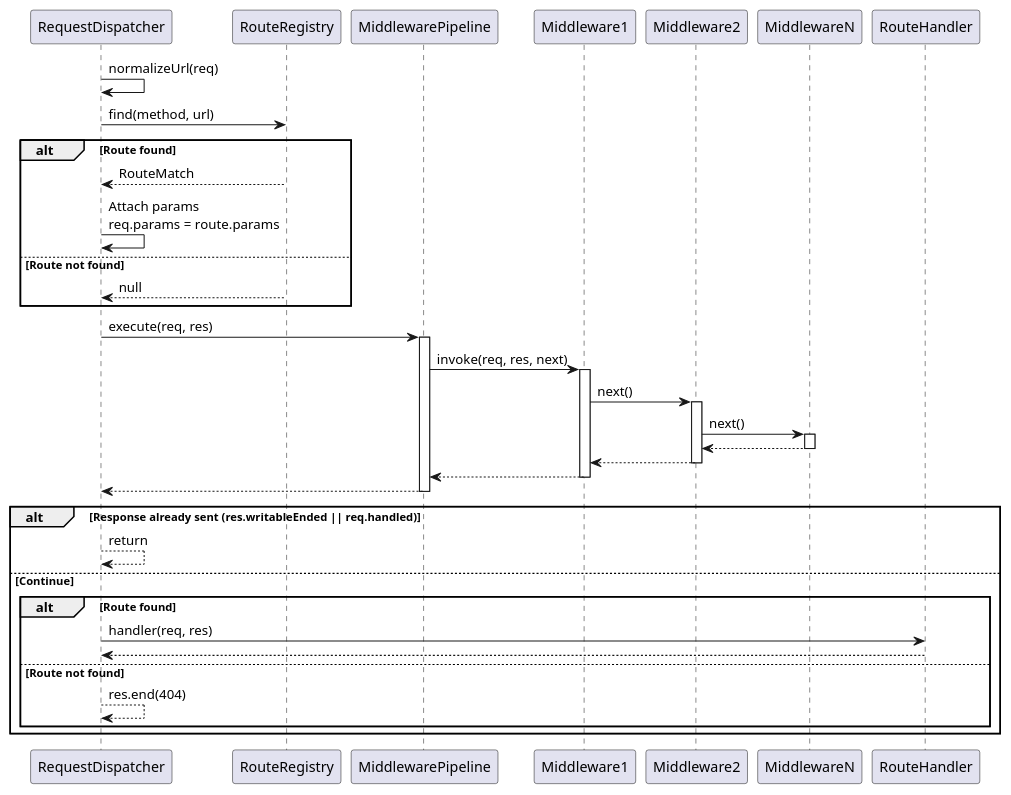
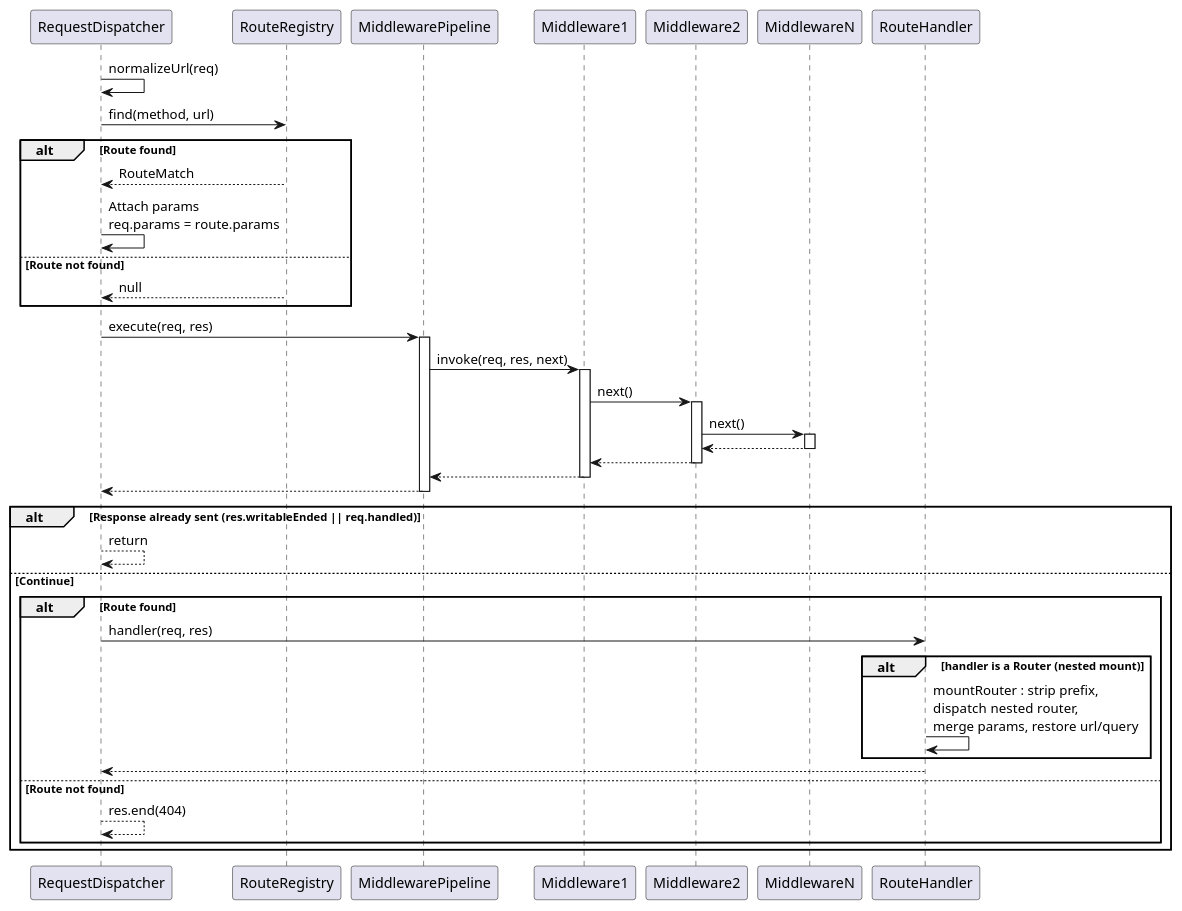
Before and after one commit to Ali-Wael-Hassan/duck-node-router: the diagram in docs/sequence diagrams/RequestDispatcher-Sequence.puml, drawn with PlantUML. The commit also changed 5 other files, not shown here.

```diff
--- a/docs/sequence diagrams/RequestDispatcher-Sequence.puml
+++ b/docs/sequence diagrams/RequestDispatcher-Sequence.puml
@@ -1,58 +1,61 @@
 @startuml Dispatch
 
 participant RequestDispatcher
 participant RouteRegistry
 participant MiddlewarePipeline
 participant Middleware1
 participant Middleware2
 participant MiddlewareN
 participant RouteHandler
 
 RequestDispatcher -> RequestDispatcher : normalizeUrl(req)
 
 RequestDispatcher -> RouteRegistry : find(method, url)
 
 alt Route found
     RouteRegistry --> RequestDispatcher : RouteMatch
     RequestDispatcher -> RequestDispatcher : Attach params\nreq.params = route.params
 else Route not found
     RouteRegistry --> RequestDispatcher : null
 end
 
 RequestDispatcher -> MiddlewarePipeline : execute(req, res)
 
 activate MiddlewarePipeline
 
 MiddlewarePipeline -> Middleware1 : invoke(req, res, next)
 activate Middleware1
 
 Middleware1 -> Middleware2 : next()
 activate Middleware2
 
 Middleware2 -> MiddlewareN : next()
 activate MiddlewareN
 
 MiddlewareN --> Middleware2
 deactivate MiddlewareN
 
 Middleware2 --> Middleware1
 deactivate Middleware2
 
 Middleware1 --> MiddlewarePipeline
 deactivate Middleware1
 
 MiddlewarePipeline --> RequestDispatcher
 deactivate MiddlewarePipeline
 
 alt Response already sent (res.writableEnded || req.handled)
     RequestDispatcher --> RequestDispatcher : return
 else Continue
     alt Route found
         RequestDispatcher -> RouteHandler : handler(req, res)
+        alt handler is a Router (nested mount)
+            RouteHandler -> RouteHandler : mountRouter : strip prefix,\ndispatch nested router,\nmerge params, restore url/query
+        end
         RouteHandler --> RequestDispatcher
     else Route not found
         RequestDispatcher --> RequestDispatcher : res.end(404)
     end
 end
 
 @enduml
```
